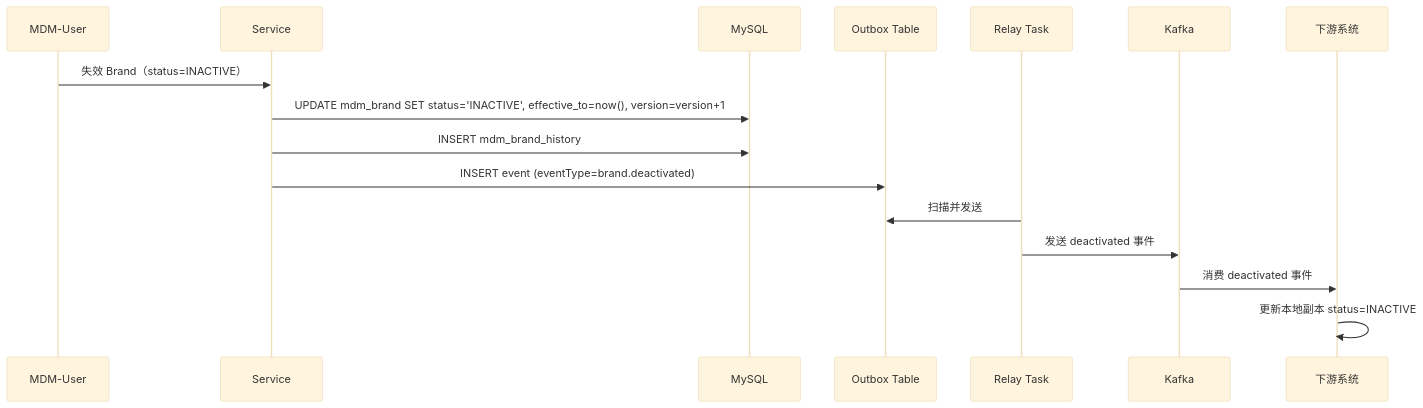
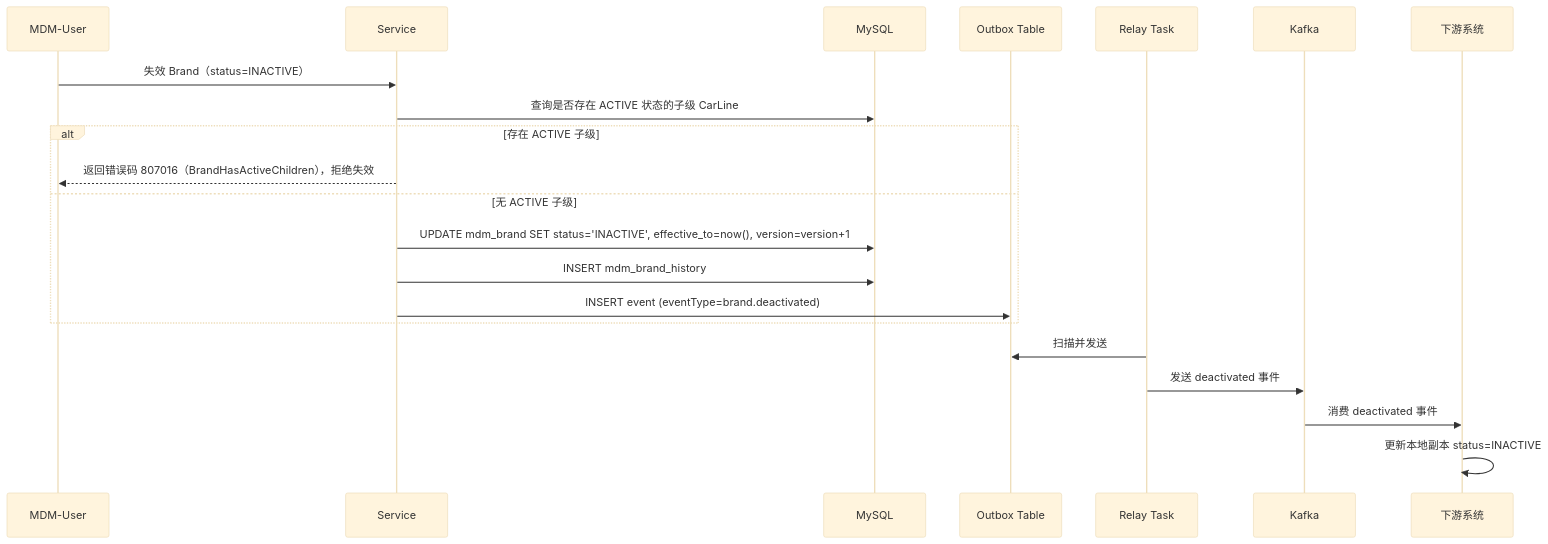
Before and after one commit to hwyzleo/iov-cloud-edd-mdm: the fifth of 12 diagrams in specs/mdm/design.md, drawn with Mermaid (base theme). The commit also changed other lines of this file and 18 other files, not shown here.

````diff
--- a/specs/mdm/design.md
+++ b/specs/mdm/design.md
@@ -1757,20 +1757,25 @@
 ```mermaid
 sequenceDiagram
     participant User as MDM-User
     participant Service as Service
     participant DB as MySQL
     participant Outbox as Outbox Table
     participant Relay as Relay Task
     participant Kafka as Kafka
     participant Downstream as 下游系统
     
     User->>Service: 失效 Brand（status=INACTIVE）
-    Service->>DB: UPDATE mdm_brand SET status='INACTIVE', effective_to=now(), version=version+1
-    Service->>DB: INSERT mdm_brand_history
-    Service->>Outbox: INSERT event (eventType=brand.deactivated)
+    Service->>DB: 查询是否存在 ACTIVE 状态的子级 CarLine
+    alt 存在 ACTIVE 子级
+        Service-->>User: 返回错误码 807016（BrandHasActiveChildren），拒绝失效
+    else 无 ACTIVE 子级
+        Service->>DB: UPDATE mdm_brand SET status='INACTIVE', effective_to=now(), version=version+1
+        Service->>DB: INSERT mdm_brand_history
+        Service->>Outbox: INSERT event (eventType=brand.deactivated)
+    end
     
     Relay->>Outbox: 扫描并发送
     Relay->>Kafka: 发送 deactivated 事件
     Kafka->>Downstream: 消费 deactivated 事件
     Downstream->>Downstream: 更新本地副本 status=INACTIVE
 ```
````
